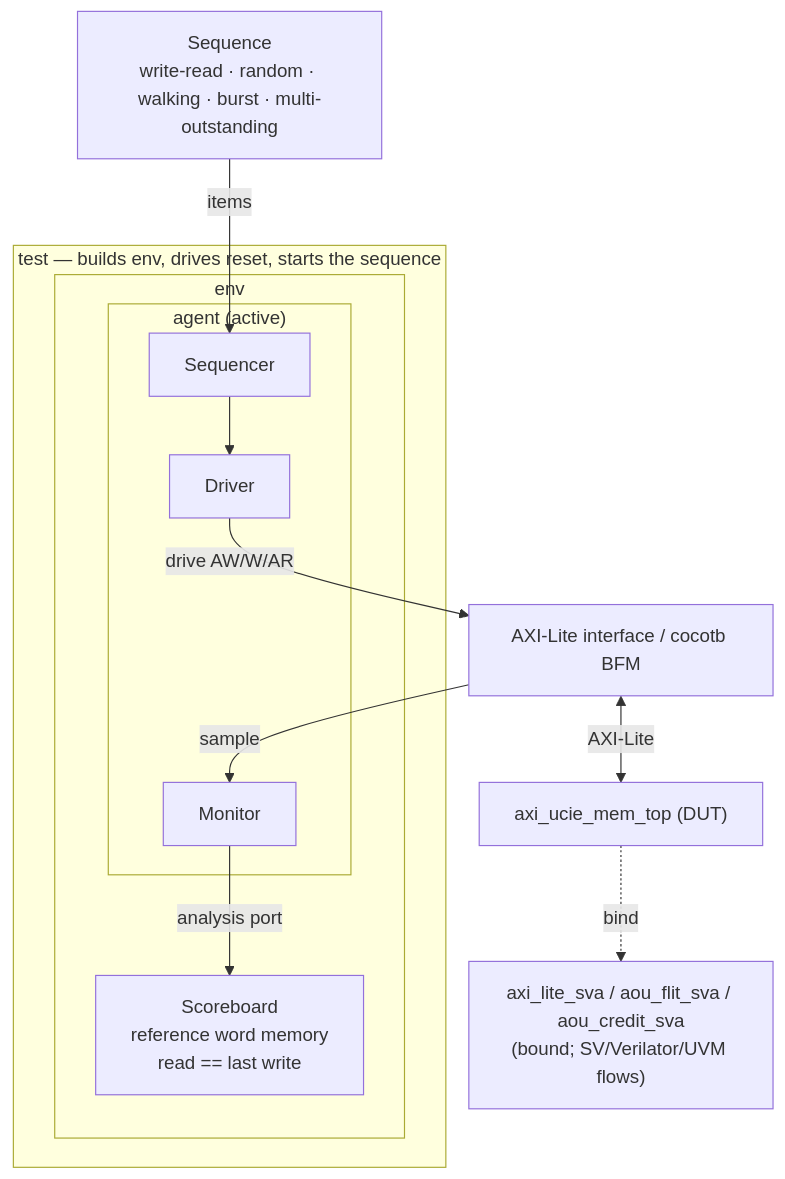
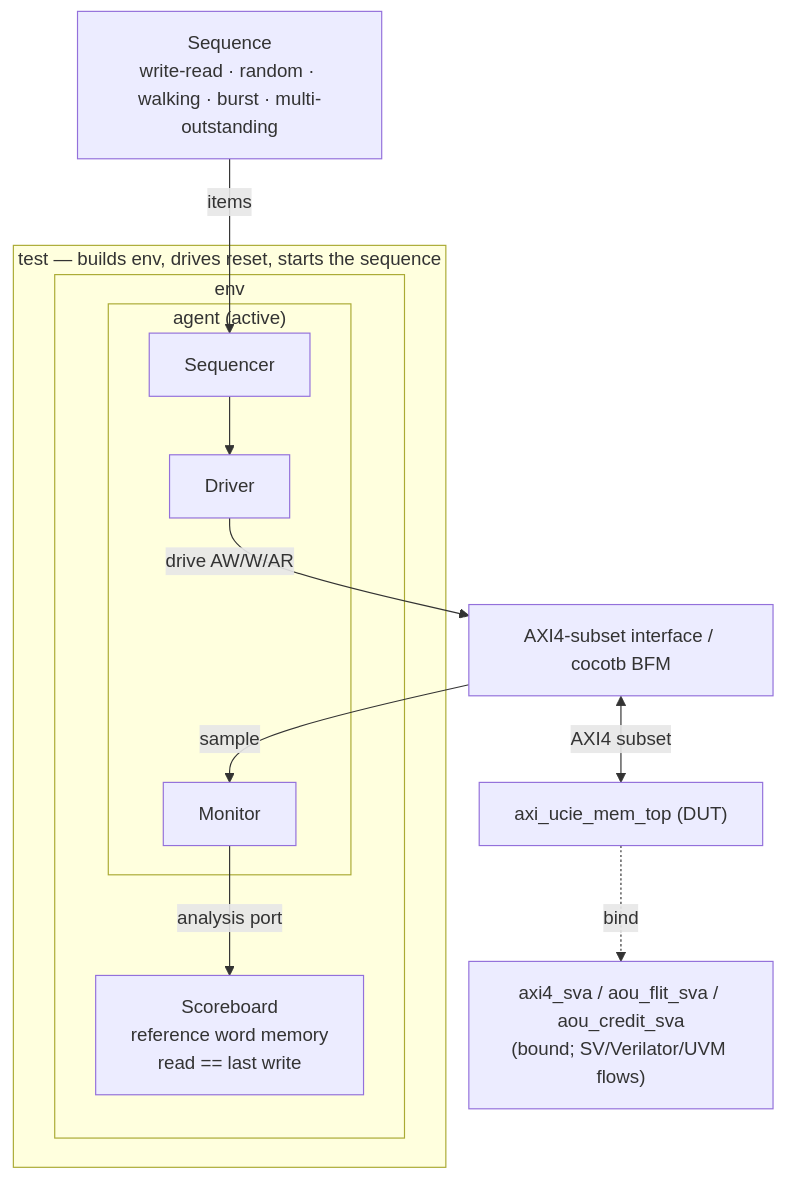
The second of 2 diagrams in README.md (markrthomas/axi-on-ucie-to-mem), drawn with Mermaid before and after one commit. The commit also changed other lines of this file and 30 other files, not shown here.

````diff
--- a/README.md
+++ b/README.md
@@ -138,20 +171,20 @@
 ```mermaid
 flowchart TB
     SEQ["Sequence<br/>write-read · random · walking · burst · multi-outstanding"]
     subgraph TEST["test — builds env, drives reset, starts the sequence"]
       subgraph ENV["env"]
         subgraph AG["agent (active)"]
           SEQR["Sequencer"]; DRV["Driver"]; MON["Monitor"]
         end
         SB["Scoreboard<br/>reference word memory<br/>read == last write"]
       end
     end
-    IF["AXI-Lite interface / cocotb BFM"]
+    IF["AXI4-subset interface / cocotb BFM"]
     DUT["axi_ucie_mem_top (DUT)"]
-    SVA["axi_lite_sva / aou_flit_sva / aou_credit_sva<br/>(bound; SV/Verilator/UVM flows)"]
+    SVA["axi4_sva / aou_flit_sva / aou_credit_sva<br/>(bound; SV/Verilator/UVM flows)"]
 
     SEQ -->|items| SEQR --> DRV -->|drive AW/W/AR| IF
-    IF <-->|AXI-Lite| DUT
+    IF <-->|AXI4 subset| DUT
     IF -->|sample| MON -->|analysis port| SB
     DUT -.->|bind| SVA
 ```
````
